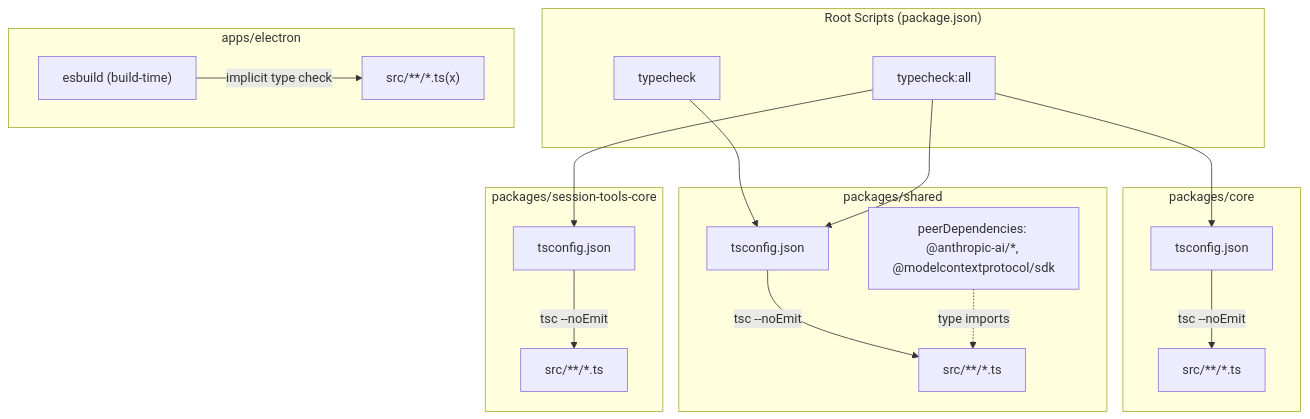
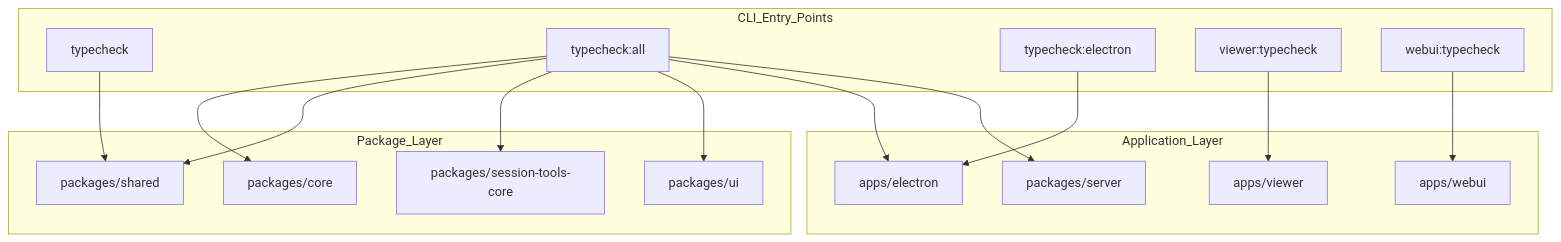
The first of 3 diagrams in docs/lukilabs_craft-agents-oss/development-guide/code-quality-and-type-checking.md (blackcater/zentree), drawn with Mermaid before and after one commit. The commit also changed other lines of this file and 232 other files, not shown here.

````diff
--- a/docs/lukilabs_craft-agents-oss/development-guide/code-quality-and-type-checking.md
+++ b/docs/lukilabs_craft-agents-oss/development-guide/code-quality-and-type-checking.md
@@ -76,38 +62,36 @@
 ```mermaid
 graph TB
-    subgraph "Root Scripts (package.json)"
-        TypecheckCmd["typecheck"]
-        TypecheckAllCmd["typecheck:all"]
+    subgraph "CLI_Entry_Points"
+        TCS["typecheck"]
+        TCA["typecheck:all"]
+        TCE["typecheck:electron"]
+        TCV["viewer:typecheck"]
+        TCW["webui:typecheck"]
     end
 
-    subgraph "packages/core"
-        CoreTSConfig["tsconfig.json"]
-        CoreSrc["src/**/*.ts"]
-        CoreTSConfig -->|"tsc --noEmit"| CoreSrc
+    subgraph "Package_Layer"
+        Shared["packages/shared"]
+        Core["packages/core"]
+        STC["packages/session-tools-core"]
+        UI["packages/ui"]
     end
 
-    subgraph "packages/shared"
-        SharedTSConfig["tsconfig.json"]
-        SharedSrc["src/**/*.ts"]
-        SharedPeerDeps["peerDependencies: @anthropic-ai/*, @modelcontextprotocol/sdk"]
-        SharedTSConfig -->|"tsc --noEmit"| SharedSrc
-        SharedPeerDeps -.type imports.-> SharedSrc
+    subgraph "Application_Layer"
+        Electron["apps/electron"]
+        Server["packages/server"]
+        Viewer["apps/viewer"]
+        WebUI["apps/webui"]
     end
 
-    subgraph "packages/session-tools-core"
-        STCTSConfig["tsconfig.json"]
-        STCSrc["src/**/*.ts"]
-        STCTSConfig -->|"tsc --noEmit"| STCSrc
-    end
+    TCS --> Shared
+    TCE --> Electron
+    TCV --> Viewer
+    TCW --> WebUI
 
-    subgraph "apps/electron"
-        ElectronEsbuild["esbuild (build-time)"]
-        ElectronSrc["src/**/*.ts(x)"]
-        ElectronEsbuild -->|"implicit type check"| ElectronSrc
-    end
-
-    TypecheckCmd --> SharedTSConfig
-    TypecheckAllCmd --> CoreTSConfig
-    TypecheckAllCmd --> SharedTSConfig
-    TypecheckAllCmd --> STCTSConfig
+    TCA --> Core
+    TCA --> Shared
+    TCA --> STC
+    TCA --> UI
+    TCA --> Electron
+    TCA --> Server
 ```
````
